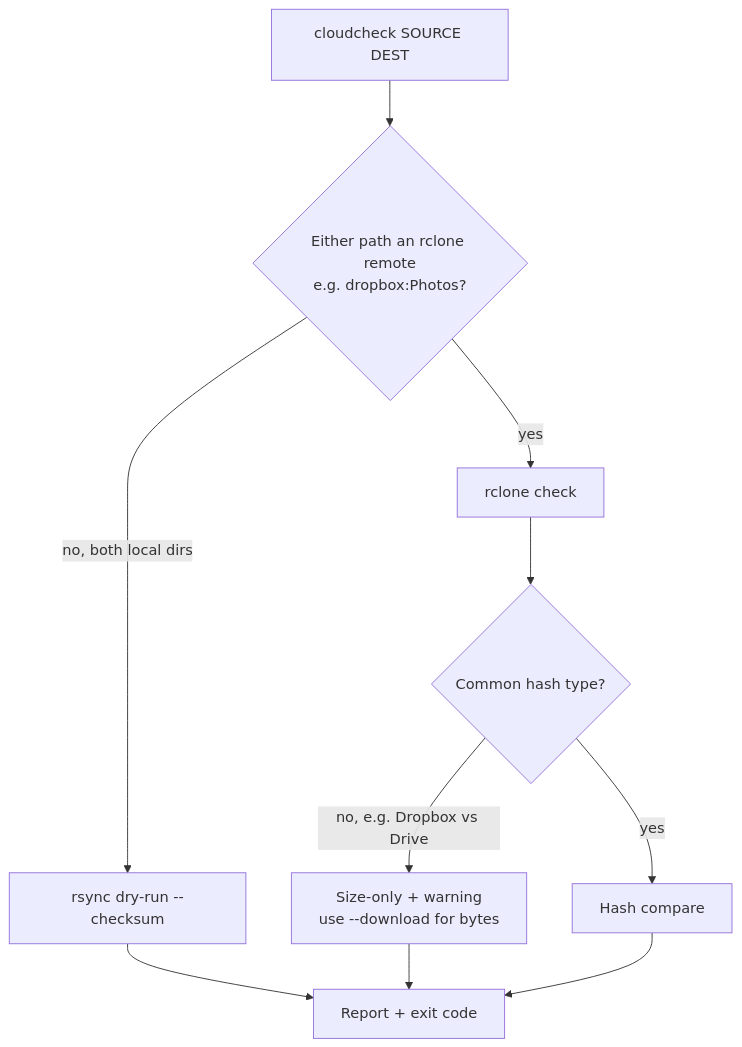
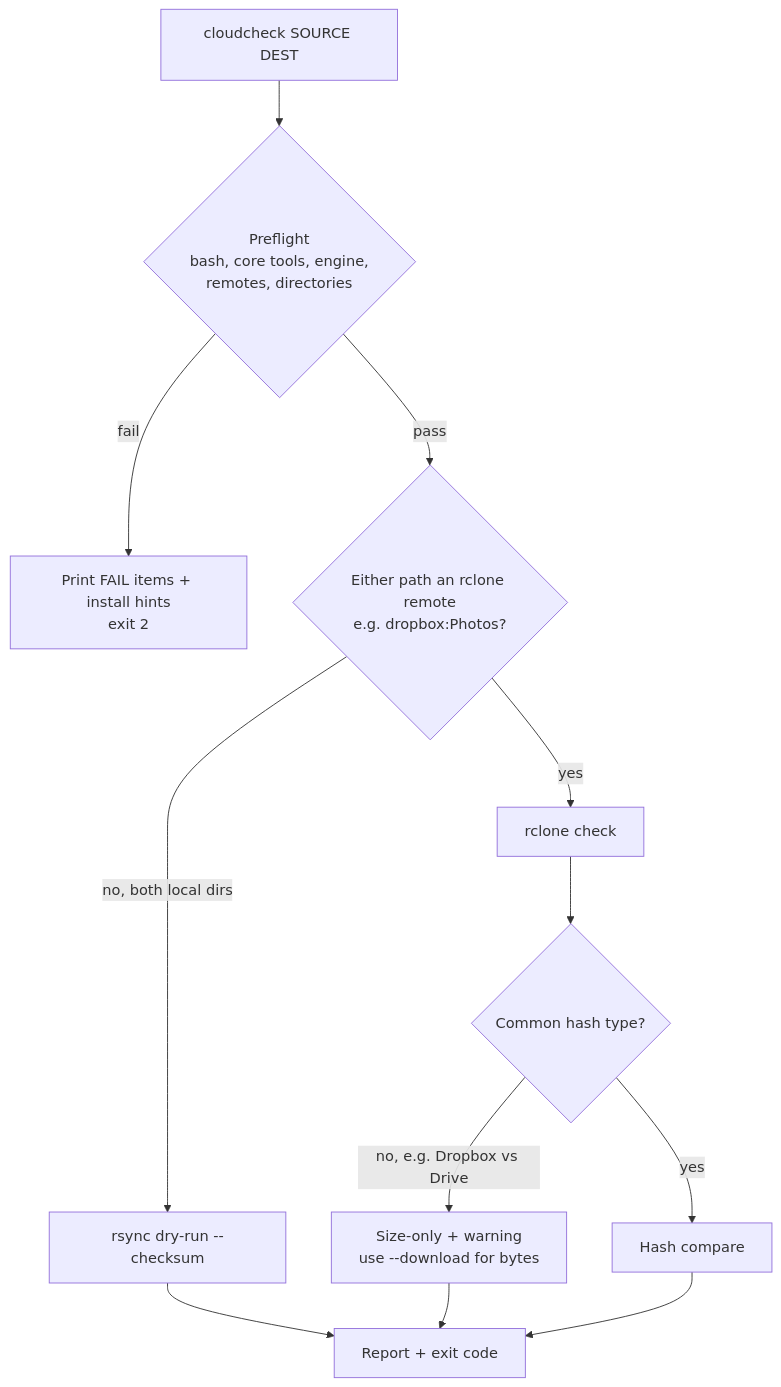
One commit to cchowgule/cchowgule.github.io changed the diagram in tools/cloudcheck/2026_10_10_1928-README.md. Above: the diagram before and after it, drawn with Mermaid. The commit also changed other lines of this file and 1 other file, not shown here.

First line of the commit message:
cloudcheck: macOS support, dependency preflight, README

````diff
--- a/tools/cloudcheck/2026_10_10_1928-README.md
+++ b/tools/cloudcheck/2026_10_10_1928-README.md
@@ -7,12 +7,14 @@
 ```mermaid
 flowchart TD
-    A[cloudcheck SOURCE DEST] --> B{Either path an rclone remote<br/>e.g. dropbox:Photos?}
+    A[cloudcheck SOURCE DEST] --> P{Preflight<br/>bash, core tools, engine,<br/>remotes, directories}
+    P -- fail --> X[Print FAIL items + install hints<br/>exit 2]
+    P -- pass --> B{Either path an rclone remote<br/>e.g. dropbox:Photos?}
     B -- yes --> C[rclone check]
     B -- no, both local dirs --> D[rsync dry-run --checksum]
     C --> E{Common hash type?}
     E -- no, e.g. Dropbox vs Drive --> F[Size-only + warning<br/>use --download for bytes]
     E -- yes --> G[Hash compare]
     D --> H[Report + exit code]
     F --> H
     G --> H
 ```
````
